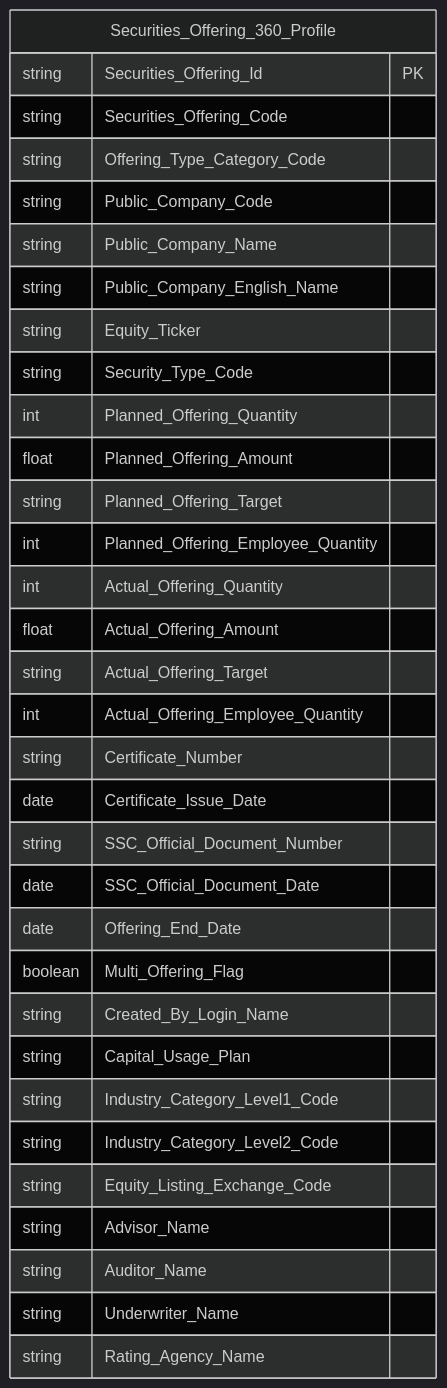
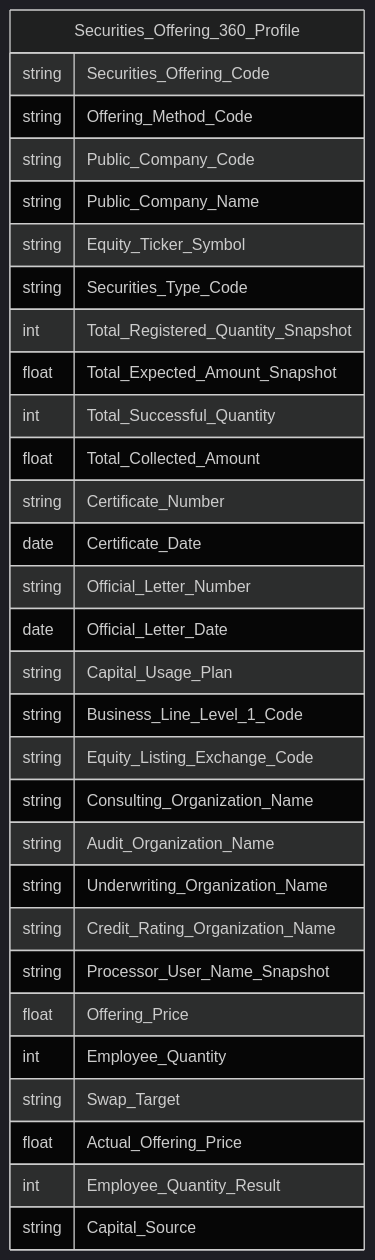
The tenth of 21 diagrams in Datamart/hld/DTM_QLCB_HLD.md (linhlvit/ubck_atomic_design), drawn with Mermaid (dark theme) before and after one commit. The commit also changed other lines of this file and 4 other files, not shown here.

````diff
--- a/Datamart/hld/DTM_QLCB_HLD.md
+++ b/Datamart/hld/DTM_QLCB_HLD.md
@@ -451,36 +500,33 @@
 ```mermaid
 erDiagram
     Securities_Offering_360_Profile {
-        string Securities_Offering_Id PK
         string Securities_Offering_Code
-        string Offering_Type_Category_Code
+        string Offering_Method_Code
         string Public_Company_Code
         string Public_Company_Name
-        string Public_Company_English_Name
-        string Equity_Ticker
-        string Security_Type_Code
-        int Planned_Offering_Quantity
-        float Planned_Offering_Amount
-        string Planned_Offering_Target
-        int Planned_Offering_Employee_Quantity
-        int Actual_Offering_Quantity
-        float Actual_Offering_Amount
-        string Actual_Offering_Target
-        int Actual_Offering_Employee_Quantity
+        string Equity_Ticker_Symbol
+        string Securities_Type_Code
+        int Total_Registered_Quantity_Snapshot
+        float Total_Expected_Amount_Snapshot
+        int Total_Successful_Quantity
+        float Total_Collected_Amount
         string Certificate_Number
-        date Certificate_Issue_Date
-        string SSC_Official_Document_Number
-        date SSC_Official_Document_Date
-        date Offering_End_Date
-        boolean Multi_Offering_Flag
-        string Created_By_Login_Name
+        date Certificate_Date
+        string Official_Letter_Number
+        date Official_Letter_Date
         string Capital_Usage_Plan
-        string Industry_Category_Level1_Code
-        string Industry_Category_Level2_Code
+        string Business_Line_Level_1_Code
         string Equity_Listing_Exchange_Code
-        string Advisor_Name
-        string Auditor_Name
-        string Underwriter_Name
-        string Rating_Agency_Name
+        string Consulting_Organization_Name
+        string Audit_Organization_Name
+        string Underwriting_Organization_Name
+        string Credit_Rating_Organization_Name
+        string Processor_User_Name_Snapshot
+        float Offering_Price
+        int Employee_Quantity
+        string Swap_Target
+        float Actual_Offering_Price
+        int Employee_Quantity_Result
+        string Capital_Source
     }
 ```
````
